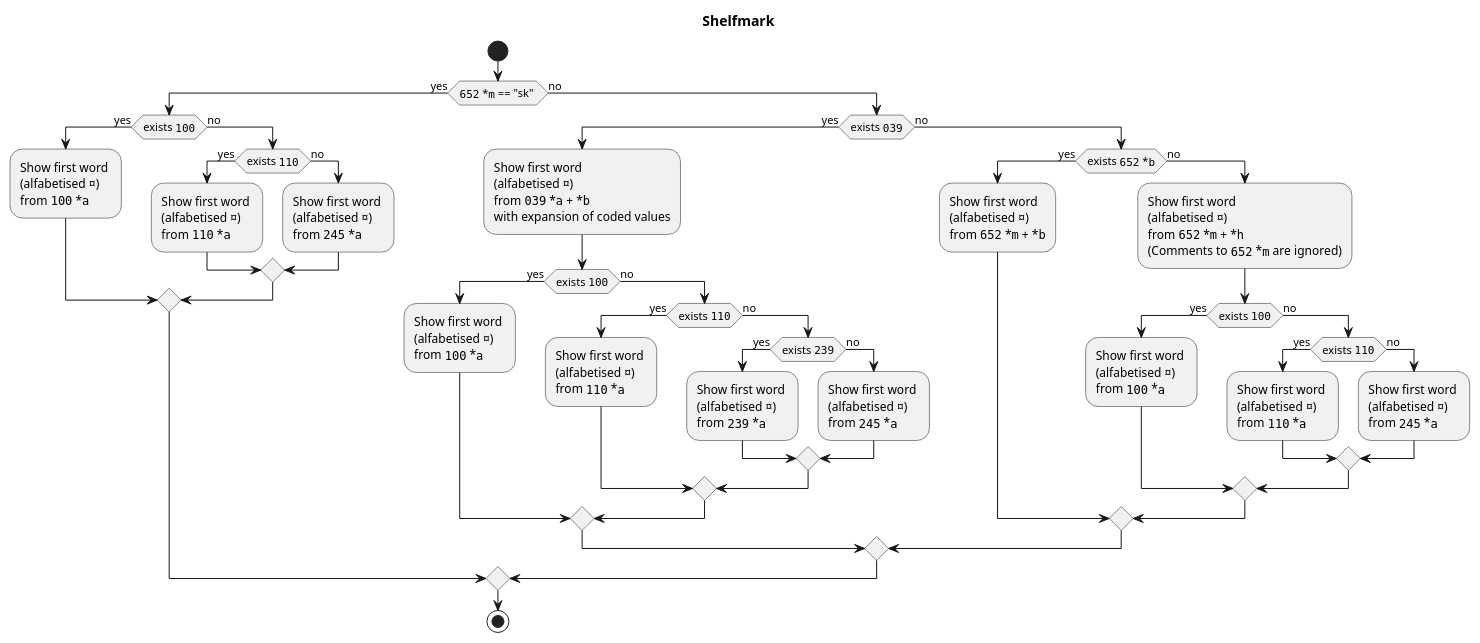
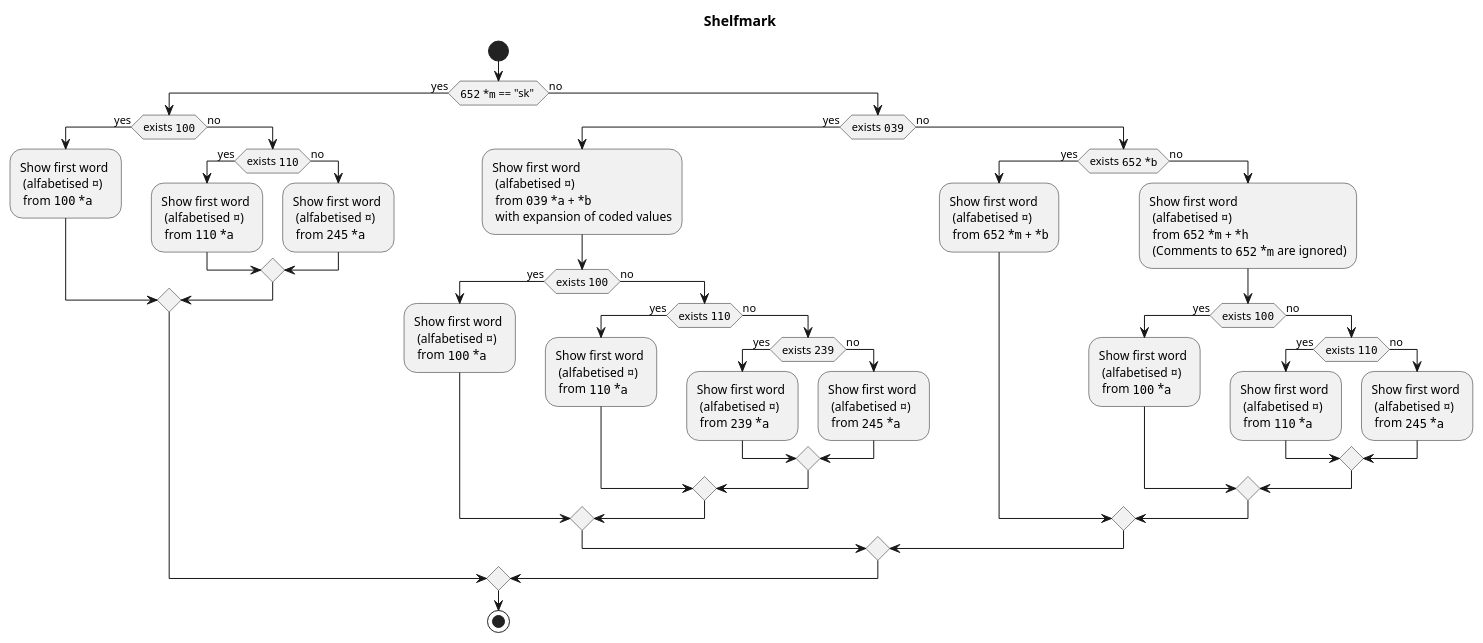
One commit to rolfmadsen/ding3 changed the diagram in PlantUML/activity-diagrams/shelfmark.puml. Above: the diagram before and after it, drawn with PlantUML. The commit also changed 2 other files, not shown here.

Commit message:
Added DDB CMS Roadmap in PlantUML gantt diagram

```diff
--- a/PlantUML/activity-diagrams/shelfmark.puml
+++ b/PlantUML/activity-diagrams/shelfmark.puml
@@ -1,59 +1,59 @@
 @startuml
 title Shelfmark
 
 ' Skinparams '
 skinparam colour true
 
 start
 
 if (""652"" *""m"" == "sk" ) then (yes)
     if (exists ""100"") then (yes)
-        :Show first word \n(alfabetised ¤) \nfrom ""100"" *""a"";
+        :Show first word \n (alfabetised ¤) \n from ""100"" *""a"";
     else (no)
         if (exists ""110"") then (yes)
-            :Show first word \n(alfabetised ¤) \nfrom ""110"" *""a"";
+            :Show first word \n (alfabetised ¤) \n from ""110"" *""a"";
         else (no)
-            :Show first word \n(alfabetised ¤) \nfrom ""245"" *""a"";
+            :Show first word \n (alfabetised ¤) \n from ""245"" *""a"";
         endif
     endif
 else (no)
 
     if (exists ""039"") then (yes)
-        :Show first word \n(alfabetised ¤) \nfrom ""039"" *""a"" + *""b""\nwith expansion of coded values;
+        :Show first word \n (alfabetised ¤) \n from ""039"" *""a"" + *""b""\n with expansion of coded values;
 
         if (exists ""100"") then (yes)
-            :Show first word \n(alfabetised ¤) \nfrom ""100"" *""a"";
+            :Show first word \n (alfabetised ¤) \n from ""100"" *""a"";
         else (no)
             if (exists ""110"") then (yes)
-                :Show first word \n(alfabetised ¤) \nfrom ""110"" *""a"";
+                :Show first word \n (alfabetised ¤) \n from ""110"" *""a"";
             else (no)
                 if (exists ""239"") then (yes)
-                    :Show first word \n(alfabetised ¤) \nfrom ""239"" *""a"";
+                    :Show first word \n (alfabetised ¤) \n from ""239"" *""a"";
                 else (no)
-                    :Show first word \n(alfabetised ¤) \nfrom ""245"" *""a"";
+                    :Show first word \n (alfabetised ¤) \n from ""245"" *""a"";
                 endif
             endif
         endif
     else (no)
 
         if (exists ""652"" *""b"") then (yes)
-            :Show first word \n(alfabetised ¤) \nfrom ""652"" *""m"" + *""b"";
+            :Show first word \n (alfabetised ¤) \n from ""652"" *""m"" + *""b"";
         else (no)
-            :Show first word \n(alfabetised ¤) \nfrom ""652"" *""m"" + *""h""\n(Comments to ""652"" *""m"" are ignored);
+            :Show first word \n (alfabetised ¤) \n from ""652"" *""m"" + *""h""\n (Comments to ""652"" *""m"" are ignored);
             
             
             if (exists ""100"") then (yes)
-                :Show first word \n(alfabetised ¤) \nfrom ""100"" *""a"";
+                :Show first word \n (alfabetised ¤) \n from ""100"" *""a"";
             else (no)
                 if (exists ""110"") then (yes)
-                    :Show first word \n(alfabetised ¤) \nfrom ""110"" *""a"";
+                    :Show first word \n (alfabetised ¤) \n from ""110"" *""a"";
                 else (no)
-                    :Show first word \n(alfabetised ¤) \nfrom ""245"" *""a"";
+                    :Show first word \n (alfabetised ¤) \n from ""245"" *""a"";
                 endif
             endif
         endif
     endif
 endif
 
 stop
 @enduml
```
